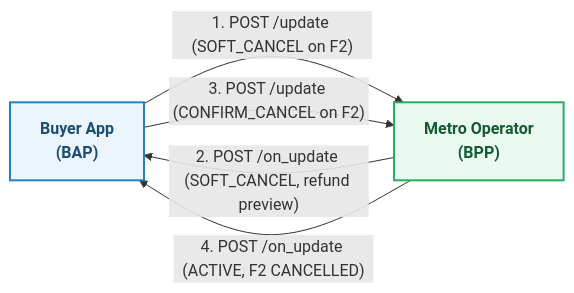
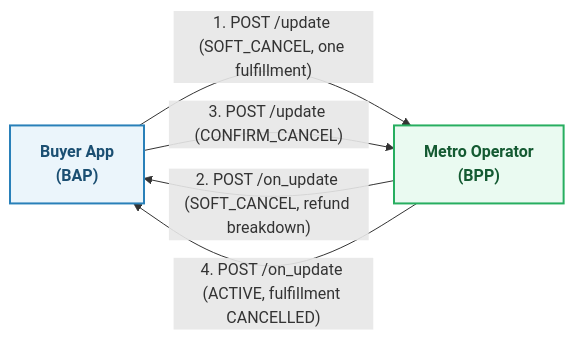
One commit to ONDC-Official/automation-specifications changed the sixth of 9 diagrams in config/docs/metro.md. Above: the diagram before and after it, drawn with Mermaid. The commit also changed other lines of this file and 24 other files, not shown here.

````diff
--- a/config/docs/metro.md
+++ b/config/docs/metro.md
@@ -377,13 +377,13 @@
 ```mermaid
 flowchart LR
     classDef client fill:#EBF5FB,stroke:#2980B9,stroke-width:2px,color:#1B4F72,font-weight:bold;
     classDef provider fill:#EAFAF1,stroke:#27AE60,stroke-width:2px,color:#145A32,font-weight:bold;
 
     BAP["Buyer App<br/>(BAP)"]:::client
     BPP["Metro Operator<br/>(BPP)"]:::provider
 
-    BAP -->|"1. POST /update (SOFT_CANCEL on F2)"| BPP
-    BPP -->|"2. POST /on_update (SOFT_CANCEL, refund preview)"| BAP
-    BAP -->|"3. POST /update (CONFIRM_CANCEL on F2)"| BPP
-    BPP -->|"4. POST /on_update (ACTIVE, F2 CANCELLED)"| BAP
+    BAP -->|"1. POST /update (SOFT_CANCEL, one fulfillment)"| BPP
+    BPP -->|"2. POST /on_update (SOFT_CANCEL, refund breakdown)"| BAP
+    BAP -->|"3. POST /update (CONFIRM_CANCEL)"| BPP
+    BPP -->|"4. POST /on_update (ACTIVE, fulfillment CANCELLED)"| BAP
 ```
````
